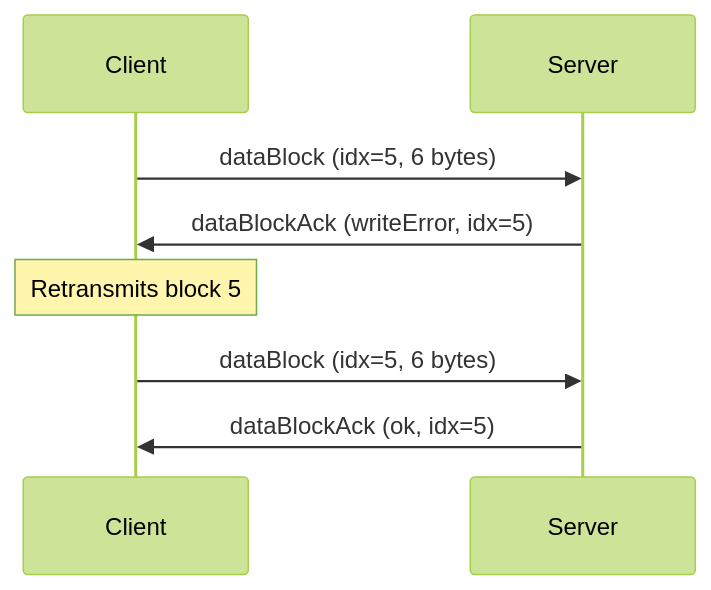
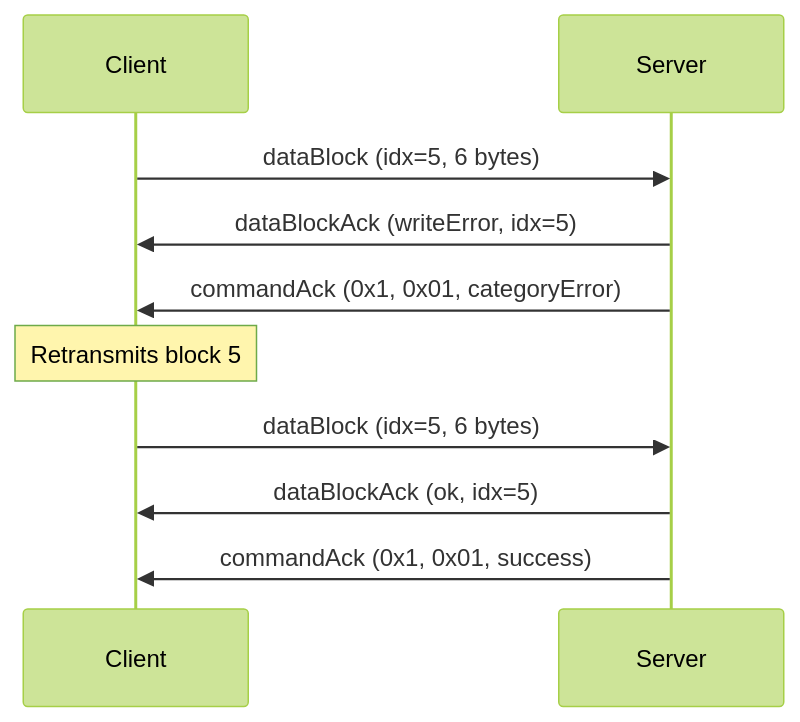
One commit to embedded-pro/can-lite changed the third of 4 diagrams in documents/spec/firmware-upgrade.md. Above: the diagram before and after it, drawn with Mermaid (forest theme). The commit also changed other lines of this file and 18 other files, not shown here.

````diff
--- a/documents/spec/firmware-upgrade.md
+++ b/documents/spec/firmware-upgrade.md
@@ -261,11 +294,13 @@
 ```mermaid
 sequenceDiagram
     participant C as Client
     participant S as Server
 
     C->>S: dataBlock (idx=5, 6 bytes)
     S->>C: dataBlockAck (writeError, idx=5)
+    S->>C: commandAck (0x1, 0x01, categoryError)
     Note over C: Retransmits block 5
     C->>S: dataBlock (idx=5, 6 bytes)
     S->>C: dataBlockAck (ok, idx=5)
+    S->>C: commandAck (0x1, 0x01, success)
 ```
````
